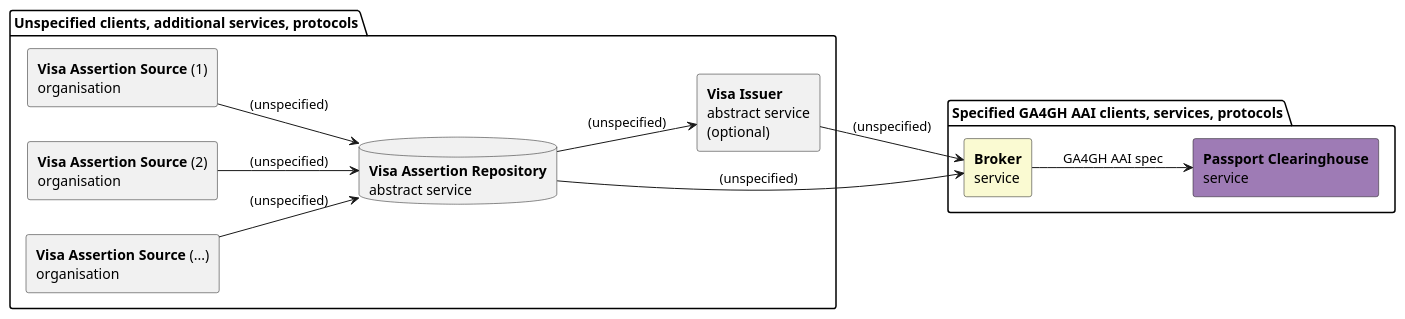
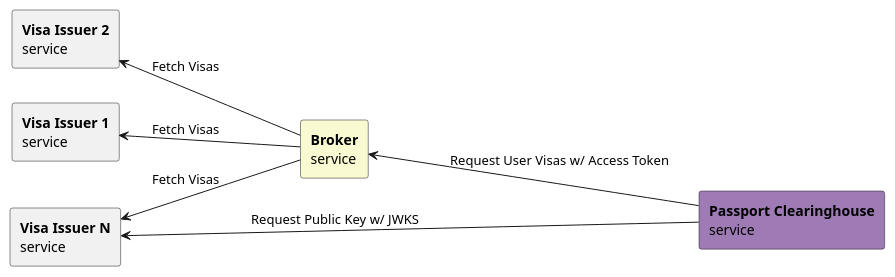
One commit to ga4gh/data-security changed the diagram in AAI/README.md. Above: the diagram before and after it, drawn with PlantUML. The commit also changed other lines of this file and 1 other file, not shown here.

Commit message:
Improve intro: add more links, introduce visas earlier, simplify diagram

```diff
--- a/AAI/README.md
+++ b/AAI/README.md
@@ -75,29 +89,18 @@
 @startuml
 skinparam componentStyle rectangle
 left to right direction
 
-package "Unspecified clients, additional services, protocols" {
-component "<b>Visa Assertion Source</b> (1)\norganisation" as VisaSource1
-component "<b>Visa Assertion Source</b> (2)\norganisation" as VisaSource2
-component "<b>Visa Assertion Source</b> (...)\norganisation" as VisaSourceN
+component "<b>Visa Issuer 1</b>\nservice" as Issuer1
+component "<b>Visa Issuer 2</b>\nservice" as Issuer2
+component "<b>Visa Issuer N</b>\nservice" as IssuerN
 
-database "<b>Visa Assertion Repository</b>\nabstract service" as VisaRepository
-component "<b>Visa Issuer</b>\nabstract service\n(optional)" as ETI
-}
-
-package "Specified GA4GH AAI clients, services, protocols" {
 component "<b>Broker</b>\nservice" as Broker #FAFAD2
 component "<b>Passport Clearinghouse</b>\nservice" as ClearingHouse #9E7BB5
-}
 
-VisaSource1 --> VisaRepository : (unspecified)
-VisaSource2 --> VisaRepository : (unspecified)
-VisaSourceN --> VisaRepository : (unspecified)
-VisaRepository --> ETI : (unspecified)
-
-
-VisaRepository --> Broker : (unspecified)
-ETI --> Broker : (unspecified)
-Broker --> ClearingHouse : GA4GH AAI spec
+Issuer1 <-- Broker : Fetch Visas
+Issuer2 <-- Broker : Fetch Visas
+IssuerN <-- Broker : Fetch Visas
+Broker <-- ClearingHouse : Request User Visas w/ Access Token
+IssuerN <-- ClearingHouse : Request Public Key w/ JWKS
 
 @enduml
```
